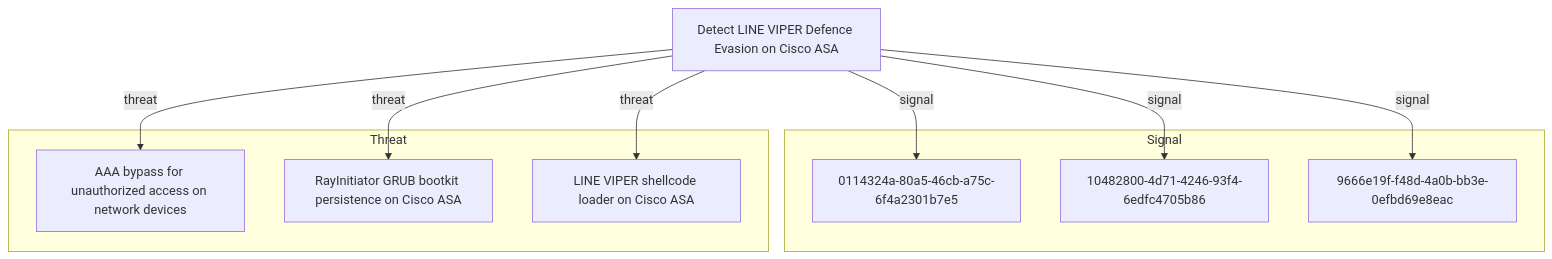
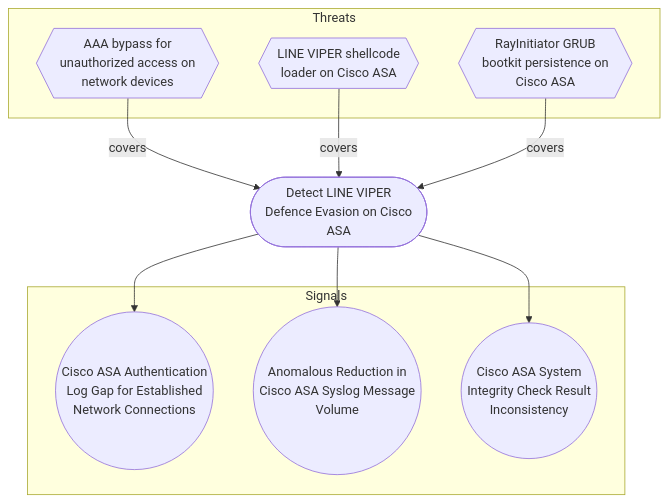
Before and after one commit to opentidehq/library: the diagram in docs/objectives/detect-line-viper-defence-evasion-on-cisco-asa.md, drawn with Mermaid. The commit also changed other lines of this file and 540 other files, not shown here.

````diff
--- a/docs/objectives/detect-line-viper-defence-evasion-on-cisco-asa.md
+++ b/docs/objectives/detect-line-viper-defence-evasion-on-cisco-asa.md
@@ -227,20 +228,20 @@
 ```mermaid
 flowchart TB
-subgraph "Signal"
-0114324a_80a5_46cb_a75c_6f4a2301b7e5["0114324a-80a5-46cb-a75c-6f4a2301b7e5"]
-10482800_4d71_4246_93f4_6edfc4705b86["10482800-4d71-4246-93f4-6edfc4705b86"]
-9666e19f_f48d_4a0b_bb3e_0efbd69e8eac["9666e19f-f48d-4a0b-bb3e-0efbd69e8eac"]
+subgraph "Threats"
+53389577_fd8d_4ce6_9852_8365ed947c17{{"AAA bypass for<br>unauthorized access on<br>network devices"}}
+b6175f16_2b61_4116_bd97_de54b02b197e{{"LINE VIPER shellcode<br>loader on Cisco ASA"}}
+a6f331e0_292d_4d83_87a9_46aa149555dd{{"RayInitiator GRUB<br>bootkit persistence on<br>Cisco ASA"}}
 end
-subgraph "Threat"
-53389577_fd8d_4ce6_9852_8365ed947c17["AAA bypass for unauthorized access on network devices"]
-a6f331e0_292d_4d83_87a9_46aa149555dd["RayInitiator GRUB bootkit persistence on Cisco ASA"]
-b6175f16_2b61_4116_bd97_de54b02b197e["LINE VIPER shellcode loader on Cisco ASA"]
+subgraph "Signals"
+0114324a_80a5_46cb_a75c_6f4a2301b7e5(("Cisco ASA Authentication<br>Log Gap for Established<br>Network Connections"))
+10482800_4d71_4246_93f4_6edfc4705b86(("Anomalous Reduction in<br>Cisco ASA Syslog Message<br>Volume"))
+9666e19f_f48d_4a0b_bb3e_0efbd69e8eac(("Cisco ASA System<br>Integrity Check Result<br>Inconsistency"))
 end
-7c0f2788_690e_4d34_b9eb_5f76e7363ccc["Detect LINE VIPER Defence Evasion on Cisco ASA"]
-7c0f2788_690e_4d34_b9eb_5f76e7363ccc -->|signal| 0114324a_80a5_46cb_a75c_6f4a2301b7e5
-7c0f2788_690e_4d34_b9eb_5f76e7363ccc -->|signal| 10482800_4d71_4246_93f4_6edfc4705b86
-7c0f2788_690e_4d34_b9eb_5f76e7363ccc -->|signal| 9666e19f_f48d_4a0b_bb3e_0efbd69e8eac
-7c0f2788_690e_4d34_b9eb_5f76e7363ccc -->|threat| 53389577_fd8d_4ce6_9852_8365ed947c17
-7c0f2788_690e_4d34_b9eb_5f76e7363ccc -->|threat| a6f331e0_292d_4d83_87a9_46aa149555dd
-7c0f2788_690e_4d34_b9eb_5f76e7363ccc -->|threat| b6175f16_2b61_4116_bd97_de54b02b197e
+7c0f2788_690e_4d34_b9eb_5f76e7363ccc(["Detect LINE VIPER<br>Defence Evasion on Cisco<br>ASA"])
+53389577_fd8d_4ce6_9852_8365ed947c17 -->|covers| 7c0f2788_690e_4d34_b9eb_5f76e7363ccc
+b6175f16_2b61_4116_bd97_de54b02b197e -->|covers| 7c0f2788_690e_4d34_b9eb_5f76e7363ccc
+a6f331e0_292d_4d83_87a9_46aa149555dd -->|covers| 7c0f2788_690e_4d34_b9eb_5f76e7363ccc
+7c0f2788_690e_4d34_b9eb_5f76e7363ccc --> 0114324a_80a5_46cb_a75c_6f4a2301b7e5
+7c0f2788_690e_4d34_b9eb_5f76e7363ccc --> 10482800_4d71_4246_93f4_6edfc4705b86
+7c0f2788_690e_4d34_b9eb_5f76e7363ccc --> 9666e19f_f48d_4a0b_bb3e_0efbd69e8eac
 ```
````
